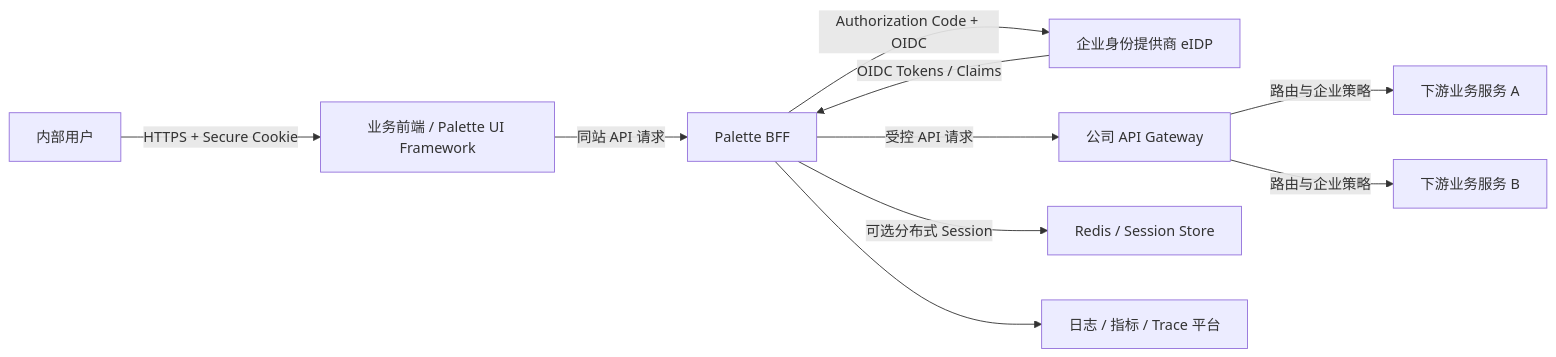
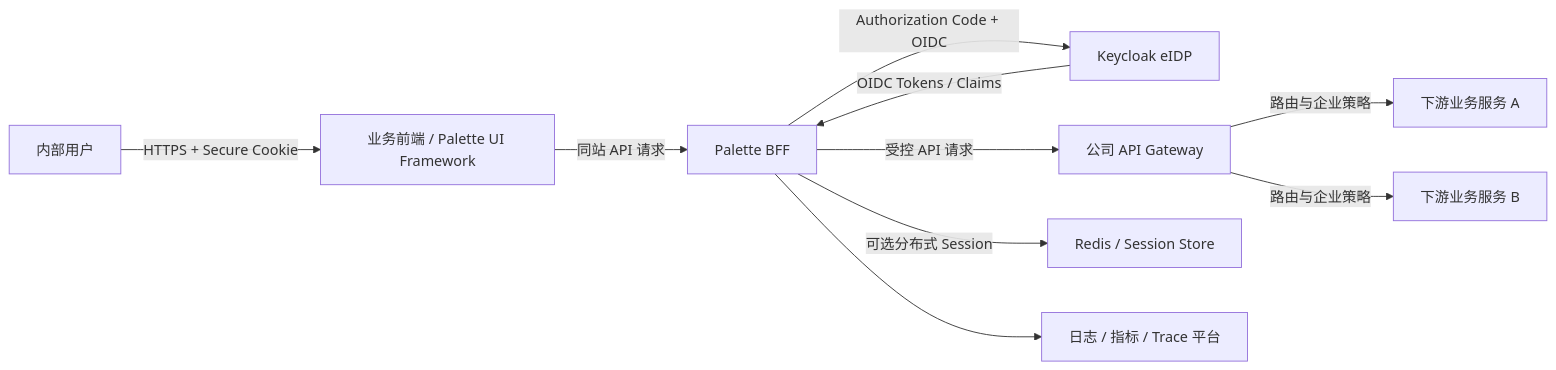
Before and after one commit to Gxerxes/platform_codex: the first of 3 diagrams in docs/architecture.md, drawn with Mermaid. The commit also changed other lines of this file and 3 other files, not shown here.

````diff
--- a/docs/architecture.md
+++ b/docs/architecture.md
@@ -17,12 +17,12 @@
 ```mermaid
 flowchart LR
     U[内部用户] -->|HTTPS + Secure Cookie| UI[业务前端 / Palette UI Framework]
     UI -->|同站 API 请求| BFF[Palette BFF]
-    BFF -->|Authorization Code + OIDC| IDP[企业身份提供商 eIDP]
+    BFF -->|Authorization Code + OIDC| IDP[Keycloak eIDP]
     IDP -->|OIDC Tokens / Claims| BFF
     BFF -->|受控 API 请求| GW[公司 API Gateway]
     GW -->|路由与企业策略| DS1[下游业务服务 A]
     GW -->|路由与企业策略| DS2[下游业务服务 B]
     BFF -->|可选分布式 Session| R[Redis / Session Store]
     BFF --> OBS[日志 / 指标 / Trace 平台]
 ```
````
